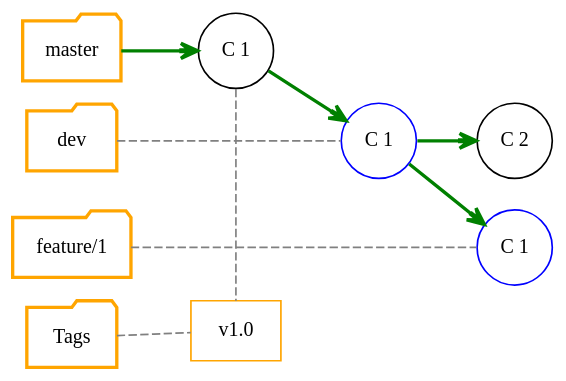
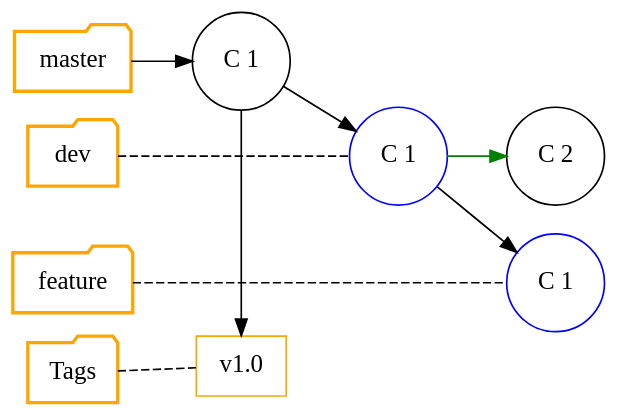
One commit to Gepardec/git-training changed the diagram in slides/intro/src/docs/asciidoc/graphviz/git-scenario-4.dot. Above: the diagram before and after it, drawn with Graphviz. The commit also changed 17 other files, not shown here.

```diff
--- a/slides/intro/src/docs/asciidoc/graphviz/git-scenario-4.dot
+++ b/slides/intro/src/docs/asciidoc/graphviz/git-scenario-4.dot
@@ -1,49 +1,46 @@
-digraph git_branch_model {
-  splines=line
-  rankdir="LR"
-  bgcolor="transparent"
+digraph git_scenario_4 {
+    splines=line
+    rankdir="LR"
+    bgcolor="transparent"
 
-  /* Global Node/Edge config */
-  edge[arrowhead=open]
+    /* Nodes representing the branches */
+    node[ fontsize=15.0,style="bold", shape=folder, color=orange]
+    master [group="master"]
+    dev [group="dev"]
+    feature [label="feature", group="feature"]
+    tags [label="Tags", group="tags"]
 
-  /* Nodes representing the branches */
-  node[ fontsize=12.0,style="bold", shape=folder, color=orange]
-  master [group="master"]
-  dev [group="dev"]
-  feature_1 [label="feature/1", group="feature"]
-  tags [label="Tags", group="tags"]
+    /* Nodes representing commit */
+    node[ fontsize=15.0,style="",shape=circle, color=""]
+    C_1[label="C 1", group="master"]
+    C_2[label="C 2", group="dev"]
 
-  /* Nodes representing Tags */
-  node[shape=rect,fontsize=12.0, style="", color=orange]
-  T_1 [label="v1.0", group="release"]
+    /* Nodes representing pointer */
+    node[color="blue"]
+    C_1_D [label="C 1", group="dev"]
+    C_1_F_1 [label="C 1", group="feature"]
 
-  /* Nodes representing commit */
-  node[ fontsize=12.0,style="",shape=circle, color=""]
-  C_1[label="C 1", group="master"]
-  C_2_D[label="C 2", group="dev"]
+    /* Nodes representing Tags */
+    node[shape=rect,fontsize=15.0, style="", color=orange]
+    T_1 [label="v1.0", group="release"]
 
-  /* Nodes representing pointer */
-  node[color="blue"]
-  C_1_D [label="C 1", group="dev"]
-  C_1_F_1 [label="C 1", group="feature"]
+    /* Define master branch commits */
+    master -> C_1
+    feature -> C_1_F_1 [arrowhead=none,style="dashed"]
+    dev -> C_1_D [arrowhead=none,style="dashed"]
+    tags -> T_1 [arrowhead=none,style="dashed"]
 
-  edge[arrowhead=none, style="dashed",color=gray]
-  /* Define branch commits */
-  master -> C_1 [arrowhead=open, color="green", style="bold"]
-  feature_1 -> C_1_F_1
-  tags -> T_1
+    /* 1. inter branch commit */
+    C_1 -> C_1_D -> C_1_F_1
+    C_1_D -> C_2 [color="green"]
 
-  /* Define dev branch commits */
-  dev -> C_1_D
+    /* 2. Git Tags */
+    C_1 -> T_1
 
-  /* 2. Git Tags */
-  C_1 -> T_1
+    /* Connect branches with invis edges, to declare ordering this way */
+    edge[style=invis]
+    master -> dev -> feature -> tags
 
-  edge[color="green", arrowhead=open,  style="bold"]
-  /* 1. inter branch commit */
-  C_1 -> C_1_D -> { C_1_F_1 C_2_D }
-
-  {rank=same; master dev feature_1 tags}
-  {rank=same; C_1 T_1}
-  {rank=same; C_2_D C_1_F_1}
+    {rank=same; C_1 T_1}
+    {rank=same; master dev feature tags}
 }
```
